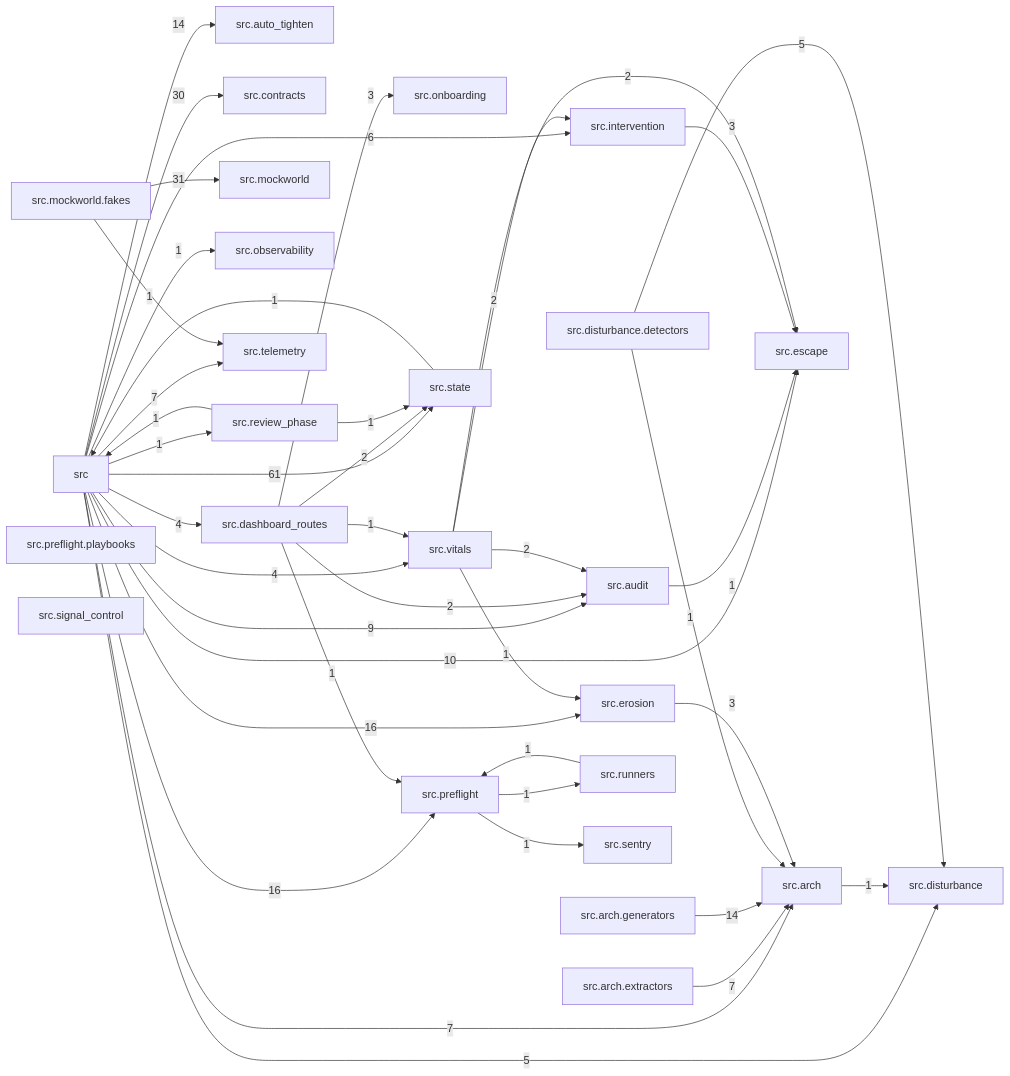
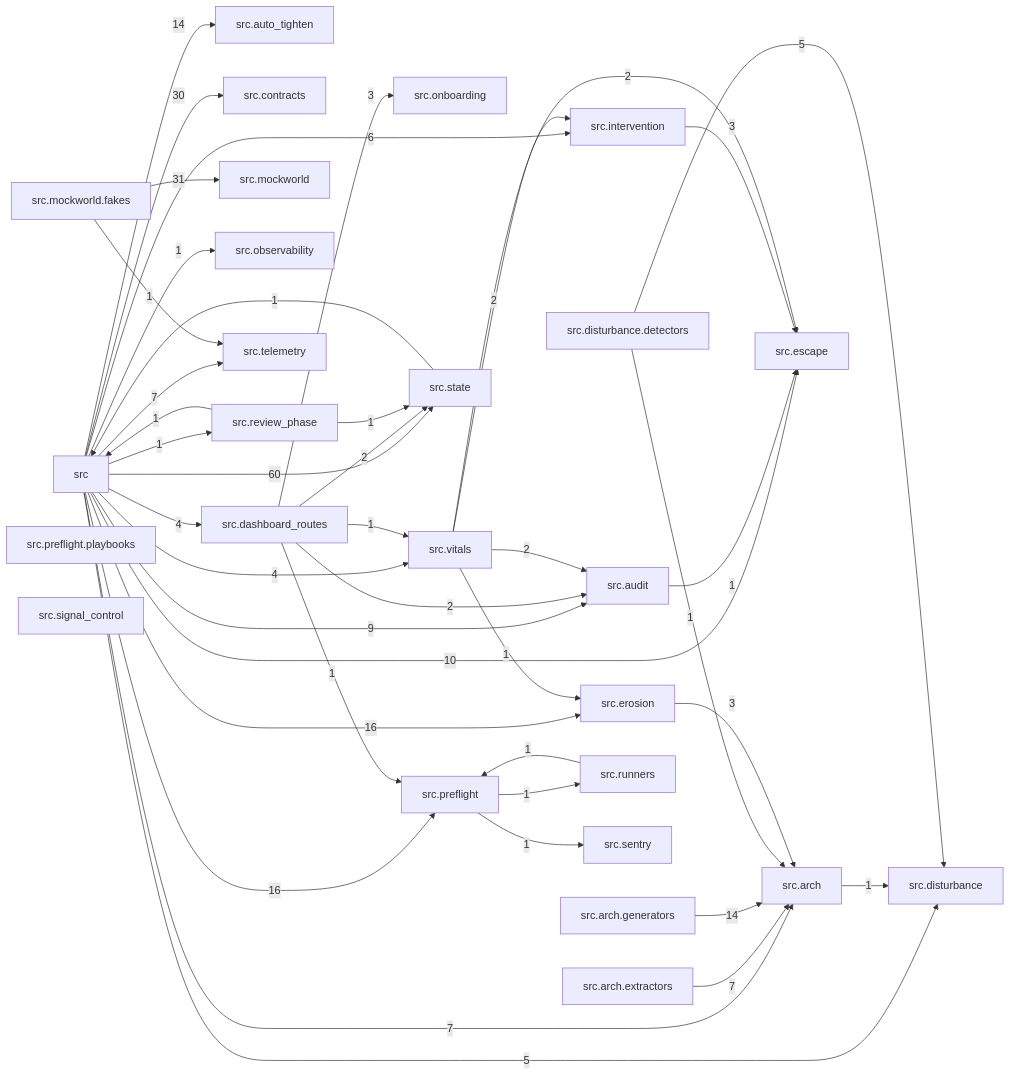
The diagram in docs/arch/generated/modules.md (T-rav/hydraflow), drawn with Mermaid before and after one commit. The commit also changed 40 other files, not shown here.

````diff
--- a/docs/arch/generated/modules.md
+++ b/docs/arch/generated/modules.md
@@ -7,69 +7,69 @@
 ```mermaid
 graph LR
     src["src"]
     src_arch["src.arch"]
     src_arch_extractors["src.arch.extractors"]
     src_arch_generators["src.arch.generators"]
     src_audit["src.audit"]
     src_auto_tighten["src.auto_tighten"]
     src_contracts["src.contracts"]
     src_dashboard_routes["src.dashboard_routes"]
     src_disturbance["src.disturbance"]
     src_disturbance_detectors["src.disturbance.detectors"]
     src_erosion["src.erosion"]
     src_escape["src.escape"]
     src_intervention["src.intervention"]
     src_mockworld["src.mockworld"]
     src_mockworld_fakes["src.mockworld.fakes"]
     src_observability["src.observability"]
     src_onboarding["src.onboarding"]
     src_preflight["src.preflight"]
     src_preflight_playbooks["src.preflight.playbooks"]
     src_review_phase["src.review_phase"]
     src_runners["src.runners"]
     src_sentry["src.sentry"]
     src_signal_control["src.signal_control"]
     src_state["src.state"]
     src_telemetry["src.telemetry"]
     src_vitals["src.vitals"]
     src -- "7" --> src_arch
     src -- "9" --> src_audit
     src -- "14" --> src_auto_tighten
     src -- "30" --> src_contracts
     src -- "4" --> src_dashboard_routes
     src -- "5" --> src_disturbance
     src -- "16" --> src_erosion
     src -- "10" --> src_escape
     src -- "6" --> src_intervention
     src -- "1" --> src_observability
     src -- "16" --> src_preflight
     src -- "1" --> src_review_phase
-    src -- "61" --> src_state
+    src -- "60" --> src_state
     src -- "7" --> src_telemetry
     src -- "4" --> src_vitals
     src_arch -- "1" --> src_disturbance
     src_arch_extractors -- "7" --> src_arch
     src_arch_generators -- "14" --> src_arch
     src_audit -- "1" --> src_escape
     src_dashboard_routes -- "2" --> src_audit
     src_dashboard_routes -- "3" --> src_onboarding
     src_dashboard_routes -- "1" --> src_preflight
     src_dashboard_routes -- "2" --> src_state
     src_dashboard_routes -- "1" --> src_vitals
     src_disturbance_detectors -- "1" --> src_arch
     src_disturbance_detectors -- "5" --> src_disturbance
     src_erosion -- "3" --> src_arch
     src_intervention -- "3" --> src_escape
     src_mockworld_fakes -- "31" --> src_mockworld
     src_mockworld_fakes -- "1" --> src_telemetry
     src_preflight -- "1" --> src_runners
     src_preflight -- "1" --> src_sentry
     src_review_phase -- "1" --> src
     src_review_phase -- "1" --> src_state
     src_runners -- "1" --> src_preflight
     src_state -- "1" --> src
     src_vitals -- "2" --> src_audit
     src_vitals -- "1" --> src_erosion
     src_vitals -- "2" --> src_escape
     src_vitals -- "2" --> src_intervention
 ```
````
